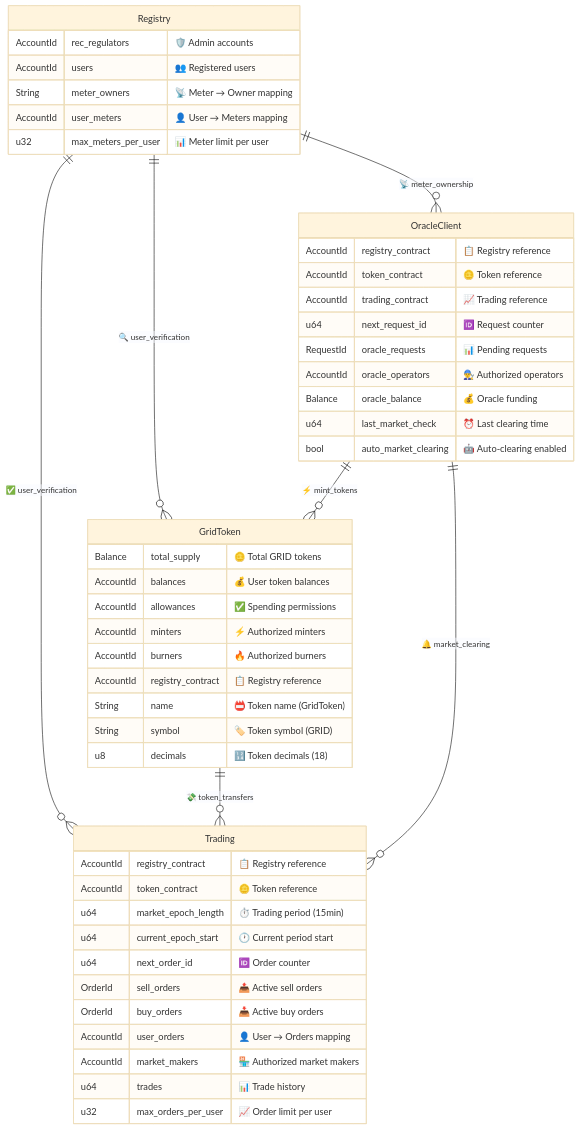
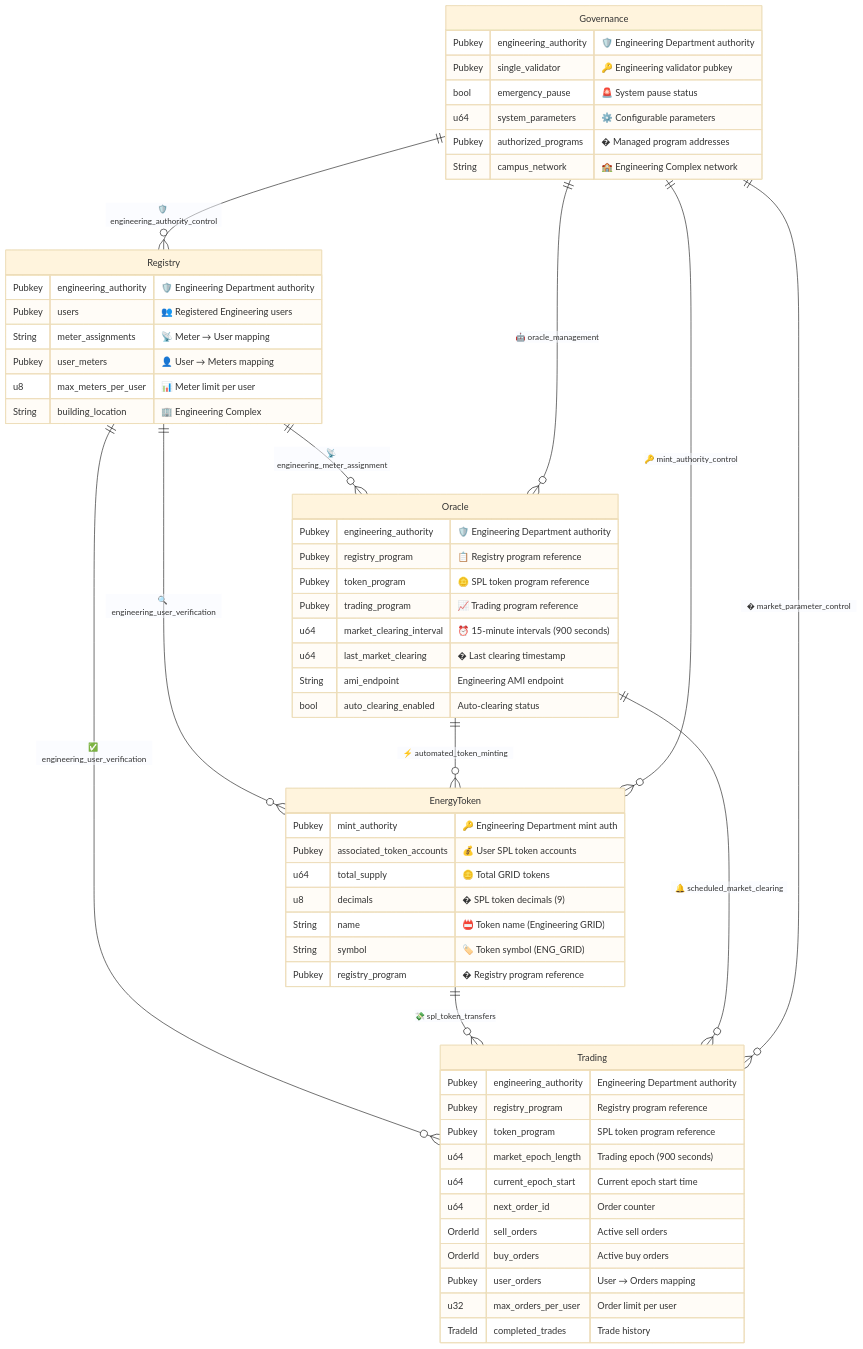
Before and after one commit to NakaSato/p2p: the fourth of 5 diagrams in docs/contracts-diagram.md, drawn with Mermaid (base theme). The commit also changed other lines of this file and 59 other files, not shown here.

````diff
--- a/docs/contracts-diagram.md
+++ b/docs/contracts-diagram.md
@@ -194,56 +312,67 @@
 ```mermaid
 erDiagram
     Registry {
-        AccountId rec_regulators "🛡️ Admin accounts"
-        AccountId users "👥 Registered users"
-        String meter_owners "📡 Meter → Owner mapping"
-        AccountId user_meters "👤 User → Meters mapping"
-        u32 max_meters_per_user "📊 Meter limit per user"
+        Pubkey engineering_authority "🛡️ Engineering Department authority"
+        Pubkey users "👥 Registered Engineering users"
+        String meter_assignments "📡 Meter → User mapping"
+        Pubkey user_meters "👤 User → Meters mapping"
+        u8 max_meters_per_user "📊 Meter limit per user"
+        String building_location "🏢 Engineering Complex"
     }
     
-    GridToken {
-        Balance total_supply "🪙 Total GRID tokens"
-        AccountId balances "💰 User token balances"
-        AccountId allowances "✅ Spending permissions"
-        AccountId minters "⚡ Authorized minters"
-        AccountId burners "🔥 Authorized burners"
-        AccountId registry_contract "📋 Registry reference"
-        String name "📛 Token name (GridToken)"
-        String symbol "🏷️ Token symbol (GRID)"
-        u8 decimals "🔢 Token decimals (18)"
+    EnergyToken {
+        Pubkey mint_authority "🔑 Engineering Department mint auth"
+        Pubkey associated_token_accounts "💰 User SPL token accounts"
+        u64 total_supply "🪙 Total GRID tokens"
+        u8 decimals "� SPL token decimals (9)"
+        String name "📛 Token name (Engineering GRID)"
+        String symbol "🏷️ Token symbol (ENG_GRID)"
+        Pubkey registry_program "� Registry program reference"
     }
     
-    OracleClient {
-        AccountId registry_contract "📋 Registry reference"
-        AccountId token_contract "🪙 Token reference"
-        AccountId trading_contract "📈 Trading reference"
-        u64 next_request_id "🆔 Request counter"
-        RequestId oracle_requests "📊 Pending requests"
-        AccountId oracle_operators "👨‍🔧 Authorized operators"
-        Balance oracle_balance "💰 Oracle funding"
-        u64 last_market_check "⏰ Last clearing time"
-        bool auto_market_clearing "🤖 Auto-clearing enabled"
+    Oracle {
+        Pubkey engineering_authority "🛡️ Engineering Department authority"
+        Pubkey registry_program "📋 Registry program reference"
+        Pubkey token_program "🪙 SPL token program reference"
+        Pubkey trading_program "📈 Trading program reference"
+        u64 market_clearing_interval "⏰ 15-minute intervals (900 seconds)"
+        u64 last_market_clearing "� Last clearing timestamp"
+        String ami_endpoint "Engineering AMI endpoint"
+        bool auto_clearing_enabled "Auto-clearing status"
     }
     
     Trading {
-        AccountId registry_contract "📋 Registry reference"
-        AccountId token_contract "🪙 Token reference"
-        u64 market_epoch_length "⏱️ Trading period (15min)"
-        u64 current_epoch_start "🕐 Current period start"
-        u64 next_order_id "🆔 Order counter"
-        OrderId sell_orders "📤 Active sell orders"
-        OrderId buy_orders "📥 Active buy orders"
-        AccountId user_orders "👤 User → Orders mapping"
-        AccountId market_makers "🏪 Authorized market makers"
-        u64 trades "📊 Trade history"
-        u32 max_orders_per_user "📈 Order limit per user"
+        Pubkey engineering_authority "Engineering Department authority"
+        Pubkey registry_program "Registry program reference"
+        Pubkey token_program "SPL token program reference"
+        u64 market_epoch_length "Trading epoch (900 seconds)"
+        u64 current_epoch_start "Current epoch start time"
+        u64 next_order_id "Order counter"
+        OrderId sell_orders "Active sell orders"
+        OrderId buy_orders "Active buy orders"
+        Pubkey user_orders "User → Orders mapping"
+        u32 max_orders_per_user "Order limit per user"
+        TradeId completed_trades "Trade history"
     }
     
-    %% Enhanced relationships with descriptive labels
-    Registry ||--o{ GridToken : "🔍 user_verification"
-    Registry ||--o{ Trading : "✅ user_verification"
-    Registry ||--o{ OracleClient : "📡 meter_ownership"
-    GridToken ||--o{ Trading : "💸 token_transfers"
-    OracleClient ||--o{ GridToken : "⚡ mint_tokens"
-    OracleClient ||--o{ Trading : "🔔 market_clearing"
+    Governance {
+        Pubkey engineering_authority "🛡️ Engineering Department authority"
+        Pubkey single_validator "🔑 Engineering validator pubkey"
+        bool emergency_pause "🚨 System pause status"
+        u64 system_parameters "⚙️ Configurable parameters"
+        Pubkey authorized_programs "� Managed program addresses"
+        String campus_network "🏫 Engineering Complex network"
+    }
+    
+    %% Enhanced relationships with Engineering Department focus
+    Registry ||--o{ EnergyToken : "🔍 engineering_user_verification"
+    Registry ||--o{ Trading : "✅ engineering_user_verification"
+    Registry ||--o{ Oracle : "📡 engineering_meter_assignment"
+    EnergyToken ||--o{ Trading : "💸 spl_token_transfers"
+    Oracle ||--o{ EnergyToken : "⚡ automated_token_minting"
+    Oracle ||--o{ Trading : "🔔 scheduled_market_clearing"
+    Governance ||--o{ Registry : "🛡️ engineering_authority_control"
+    Governance ||--o{ EnergyToken : "🔑 mint_authority_control"
+    Governance ||--o{ Oracle : "🤖 oracle_management"
+    Governance ||--o{ Trading : "� market_parameter_control"
 ```
````
